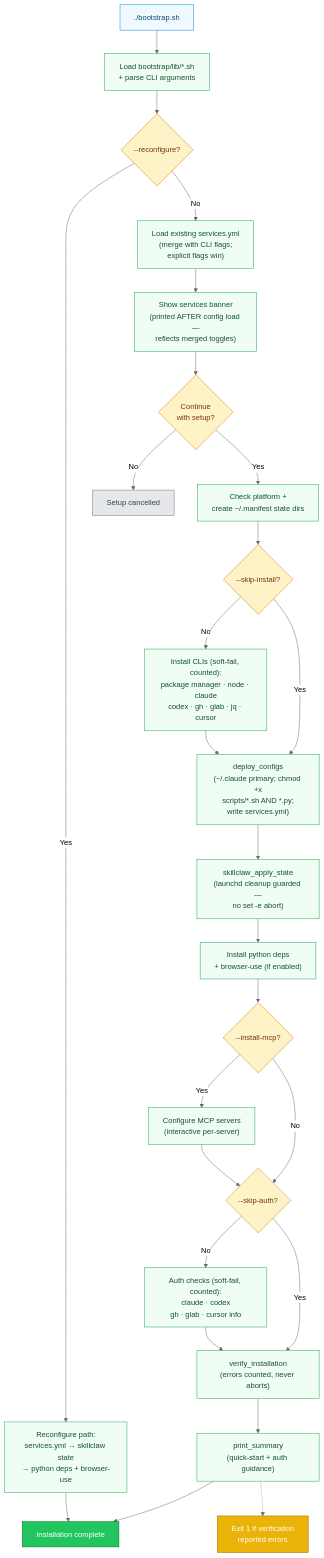
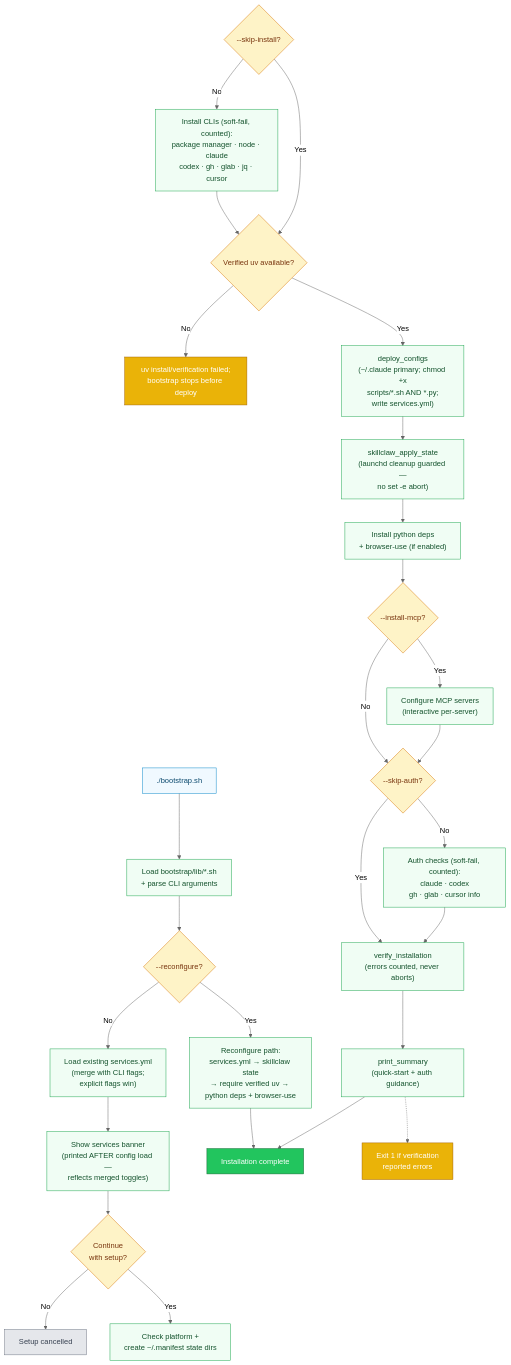
The second of 2 diagrams in docs/diagrams/platform.md (RB-chrismandich/Manifest), drawn with Mermaid before and after one commit. The commit also changed other lines of this file and 12 other files, not shown here.

````diff
--- a/docs/diagrams/platform.md
+++ b/docs/diagrams/platform.md
@@ -77,67 +77,70 @@
 ```mermaid
 %%{init: {'theme':'neutral'}}%%
 flowchart TD
     classDef input fill:#f0f9ff,stroke:#0284c7,color:#0c4a6e
     classDef process fill:#f0fdf4,stroke:#16a34a,color:#14532d
     classDef decision fill:#fef3c7,stroke:#d97706,color:#78350f
     classDef success fill:#22c55e,stroke:#166534,color:#fff
     classDef skip fill:#e5e7eb,stroke:#6b7280,color:#374151
     classDef warning fill:#eab308,stroke:#a16207,color:#fff
 
     START["./bootstrap.sh"]:::input
     LOAD_LIBS["Load bootstrap/lib/*.sh<br/>+ parse CLI arguments"]:::process
 
     RECONFIG{"--reconfigure?"}:::decision
-    RECONFIG_PATH["Reconfigure path:<br/>services.yml → skillclaw state<br/>→ python deps + browser-use"]:::process
+    RECONFIG_PATH["Reconfigure path:<br/>services.yml → skillclaw state<br/>→ require verified uv → python deps + browser-use"]:::process
 
     LOAD_CONFIG["Load existing services.yml<br/>(merge with CLI flags;<br/>explicit flags win)"]:::process
     BANNER["Show services banner<br/>(printed AFTER config load —<br/>reflects merged toggles)"]:::process
     CONFIRM{"Continue<br/>with setup?"}:::decision
     CANCELLED["Setup cancelled"]:::skip
 
     PLATFORM["Check platform +<br/>create ~/.manifest state dirs"]:::process
 
     SKIP_INSTALL{"--skip-install?"}:::decision
     INSTALLS["Install CLIs (soft-fail, counted):<br/>package manager · node · claude<br/>codex · gh · glab · jq · cursor"]:::process
+    UV_READY{"Verified uv available?"}:::decision
+    UV_FAIL["uv install/verification failed;<br/>bootstrap stops before deploy"]:::warning
 
     DEPLOY["deploy_configs<br/>(~/.claude primary; chmod +x<br/>scripts/*.sh AND *.py;<br/>write services.yml)"]:::process
     SKILLCLAW["skillclaw_apply_state<br/>(launchd cleanup guarded —<br/>no set -e abort)"]:::process
     PYDEPS["Install python deps<br/>+ browser-use (if enabled)"]:::process
 
     MCP{"--install-mcp?"}:::decision
     INSTALL_MCP["Configure MCP servers<br/>(interactive per-server)"]:::process
 
     SKIP_AUTH{"--skip-auth?"}:::decision
     AUTH["Auth checks (soft-fail, counted):<br/>claude · codex<br/>gh · glab · cursor info"]:::process
 
     VERIFY["verify_installation<br/>(errors counted, never aborts)"]:::process
     SUMMARY["print_summary<br/>(quick-start + auth guidance)"]:::process
     DONE["Installation complete"]:::success
     EXIT_WARN["Exit 1 if verification<br/>reported errors"]:::warning
 
     START --> LOAD_LIBS
     LOAD_LIBS --> RECONFIG
     RECONFIG -->|Yes| RECONFIG_PATH
     RECONFIG_PATH --> DONE
     RECONFIG -->|No| LOAD_CONFIG
     LOAD_CONFIG --> BANNER
     BANNER --> CONFIRM
     CONFIRM -->|No| CANCELLED
     CONFIRM -->|Yes| PLATFORM
-    PLATFORM --> SKIP_INSTALL
     SKIP_INSTALL -->|No| INSTALLS
-    SKIP_INSTALL -->|Yes| DEPLOY
-    INSTALLS --> DEPLOY
+    INSTALLS --> UV_READY
+    SKIP_INSTALL -->|Yes| UV_READY
+    UV_READY -->|No| UV_FAIL
+    UV_READY -->|Yes| DEPLOY
     DEPLOY --> SKILLCLAW
     SKILLCLAW --> PYDEPS
     PYDEPS --> MCP
     MCP -->|Yes| INSTALL_MCP
     MCP -->|No| SKIP_AUTH
     INSTALL_MCP --> SKIP_AUTH
     SKIP_AUTH -->|No| AUTH
     SKIP_AUTH -->|Yes| VERIFY
     AUTH --> VERIFY
     VERIFY --> SUMMARY
     SUMMARY --> DONE
     SUMMARY -.-> EXIT_WARN
 ```
````
